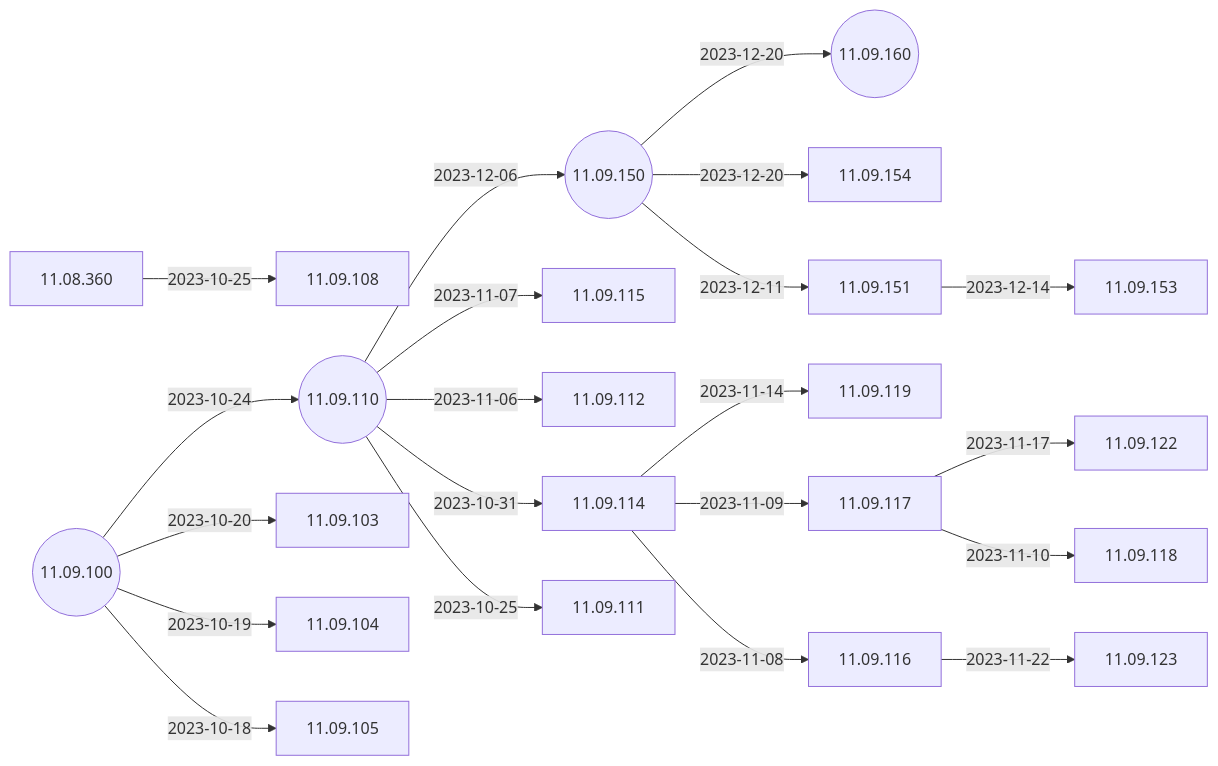
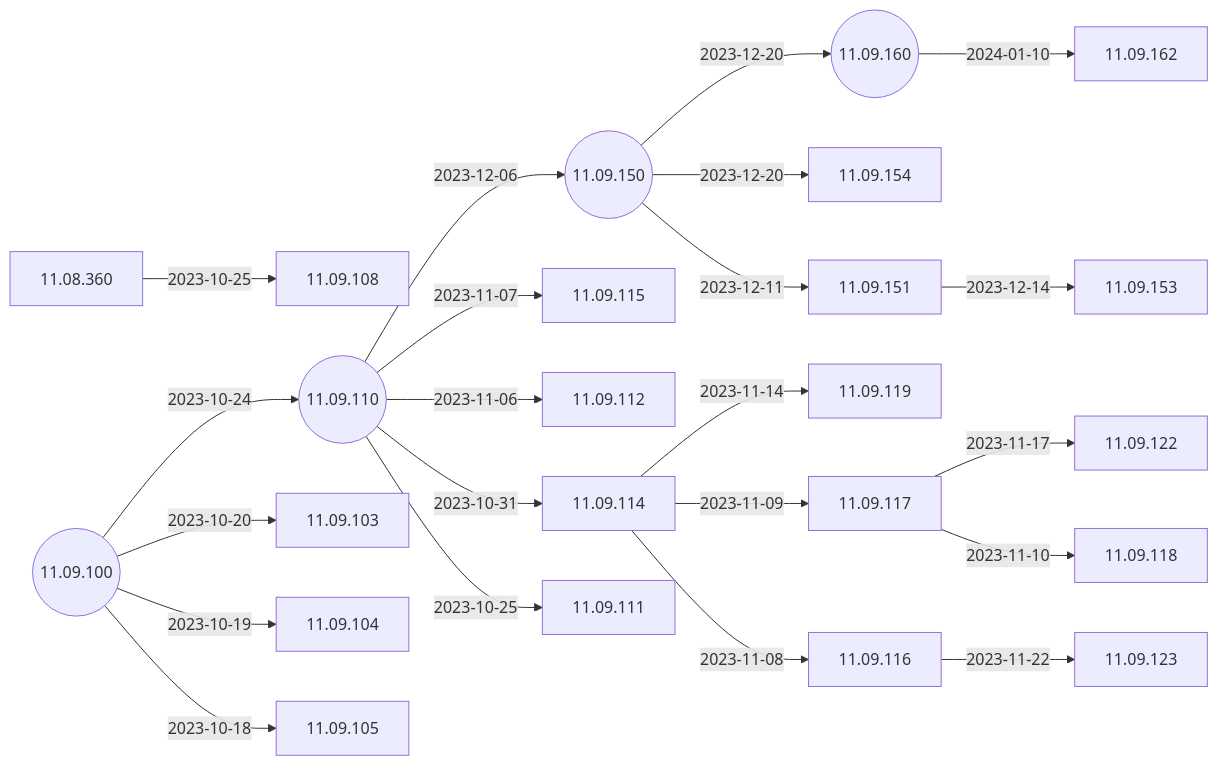
The second of 5 diagrams in docs/Docs/ReleaseNotes/01-OS11/README.md (IGEL-Community/IGEL-Docs-v02), drawn with Mermaid before and after one commit. The commit also changed 3 other files, not shown here.

````diff
--- a/docs/Docs/ReleaseNotes/01-OS11/README.md
+++ b/docs/Docs/ReleaseNotes/01-OS11/README.md
@@ -41,45 +41,47 @@
 ```mermaid
 flowchart LR
+    11.09.160-- 2024-01-10 -->11.09.162
     11.09.150-- 2023-12-20 -->11.09.160((11.09.160))
     11.09.150-- 2023-12-20 -->11.09.154
     11.09.151-- 2023-12-14 -->11.09.153
     11.09.150-- 2023-12-11 -->11.09.151
     11.09.110-- 2023-12-06 -->11.09.150((11.09.150))
     11.09.116-- 2023-11-22 -->11.09.123
     11.09.117-- 2023-11-17 -->11.09.122
     11.09.114-- 2023-11-14 -->11.09.119
     11.09.117-- 2023-11-10 -->11.09.118
     11.09.114-- 2023-11-09 -->11.09.117
     11.09.114-- 2023-11-08 -->11.09.116
     11.09.110-- 2023-11-07 -->11.09.115
     11.09.110-- 2023-11-06 -->11.09.112
     11.09.110-- 2023-10-31 -->11.09.114
     11.08.360-- 2023-10-25 -->11.09.108
     11.09.110-- 2023-10-25 -->11.09.111
     11.09.100-- 2023-10-24 -->11.09.110((11.09.110))
     11.09.100-- 2023-10-20 -->11.09.103
     11.09.100-- 2023-10-19 -->11.09.104
     11.09.100-- 2023-10-18 -->11.09.105
     11.09.100((11.09.100))
+    click 11.09.162 "https://github.com/IGEL-Community/IGEL-Docs-v02/tree/main/docs/Docs/ReleaseNotes/01-OS11/readme11.09.162.txt" _blank
     click 11.09.160 "https://github.com/IGEL-Community/IGEL-Docs-v02/tree/main/docs/Docs/ReleaseNotes/01-OS11/readme11.09.160.txt" _blank
     click 11.09.154 "https://github.com/IGEL-Community/IGEL-Docs-v02/tree/main/docs/Docs/ReleaseNotes/01-OS11/readme11.09.154.txt" _blank
     click 11.09.153 "https://github.com/IGEL-Community/IGEL-Docs-v02/tree/main/docs/Docs/ReleaseNotes/01-OS11/readme11.09.153.txt" _blank
     click 11.09.151 "https://github.com/IGEL-Community/IGEL-Docs-v02/tree/main/docs/Docs/ReleaseNotes/01-OS11/readme11.09.151.txt" _blank
     click 11.09.150 "https://github.com/IGEL-Community/IGEL-Docs-v02/tree/main/docs/Docs/ReleaseNotes/01-OS11/readme11.09.150.txt" _blank
     click 11.09.123 "https://github.com/IGEL-Community/IGEL-Docs-v02/tree/main/docs/Docs/ReleaseNotes/01-OS11/readme11.09.123.txt" _blank
     click 11.09.122 "https://github.com/IGEL-Community/IGEL-Docs-v02/tree/main/docs/Docs/ReleaseNotes/01-OS11/readme11.09.122.txt" _blank
     click 11.09.119 "https://github.com/IGEL-Community/IGEL-Docs-v02/tree/main/docs/Docs/ReleaseNotes/01-OS11/readme11.09.119.txt" _blank
     click 11.09.118 "https://github.com/IGEL-Community/IGEL-Docs-v02/tree/main/docs/Docs/ReleaseNotes/01-OS11/readme11.09.118.txt" _blank
     click 11.09.117 "https://github.com/IGEL-Community/IGEL-Docs-v02/tree/main/docs/Docs/ReleaseNotes/01-OS11/readme11.09.117.txt" _blank
     click 11.09.116 "https://github.com/IGEL-Community/IGEL-Docs-v02/tree/main/docs/Docs/ReleaseNotes/01-OS11/readme11.09.116.txt" _blank
     click 11.09.115 "https://github.com/IGEL-Community/IGEL-Docs-v02/tree/main/docs/Docs/ReleaseNotes/01-OS11/readme11.09.115.txt" _blank
     click 11.09.112 "https://github.com/IGEL-Community/IGEL-Docs-v02/tree/main/docs/Docs/ReleaseNotes/01-OS11/readme11.09.112.txt" _blank
     click 11.09.114 "https://github.com/IGEL-Community/IGEL-Docs-v02/tree/main/docs/Docs/ReleaseNotes/01-OS11/readme11.09.114.txt" _blank
     click 11.09.108 "https://github.com/IGEL-Community/IGEL-Docs-v02/tree/main/docs/Docs/ReleaseNotes/01-OS11/readme11.09.108.txt" _blank
     click 11.09.111 "https://github.com/IGEL-Community/IGEL-Docs-v02/tree/main/docs/Docs/ReleaseNotes/01-OS11/readme11.09.111.txt" _blank
     click 11.09.110 "https://github.com/IGEL-Community/IGEL-Docs-v02/tree/main/docs/Docs/ReleaseNotes/01-OS11/readme11.09.110.txt" _blank
     click 11.09.103 "https://github.com/IGEL-Community/IGEL-Docs-v02/tree/main/docs/Docs/ReleaseNotes/01-OS11/readme11.09.103.txt" _blank
     click 11.09.104 "https://github.com/IGEL-Community/IGEL-Docs-v02/tree/main/docs/Docs/ReleaseNotes/01-OS11/readme11.09.104.txt" _blank
     click 11.09.105 "https://github.com/IGEL-Community/IGEL-Docs-v02/tree/main/docs/Docs/ReleaseNotes/01-OS11/readme11.09.105.txt" _blank
     click 11.09.100 "https://github.com/IGEL-Community/IGEL-Docs-v02/tree/main/docs/Docs/ReleaseNotes/01-OS11/readme11.09.100.txt" _blank
 ```
````
